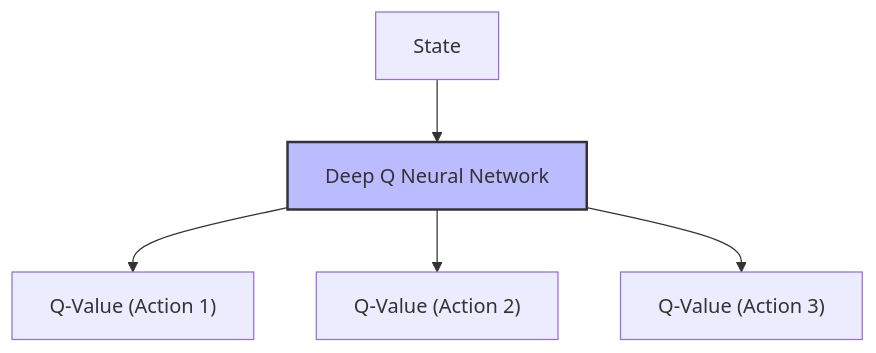
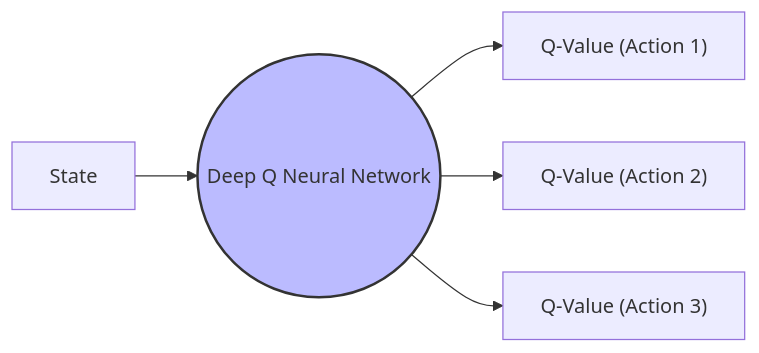
The fifth of 5 diagrams in units/001-Introduction-Deep-RL/README.md (chizkidd/huggingface-deep-RL-course), drawn with Mermaid before and after one commit. The commit also changed other lines of this file, not shown here.

First line of the commit message:
Update section 1.7: The "Deep" in Deep RL, in Unit 01 notes

````diff
--- a/units/001-Introduction-Deep-RL/README.md
+++ b/units/001-Introduction-Deep-RL/README.md
@@ -156,9 +156,9 @@
 ```mermaid
-graph TD
-    S[State] --> DNN["Deep Q Neural Network"]
+graph LR
+    S[State] --> DNN(("Deep Q Neural Network"))
     DNN --> Q1["Q-Value (Action 1)"]
     DNN --> Q2["Q-Value (Action 2)"]
     DNN --> Q3["Q-Value (Action 3)"]
 
     style DNN fill:#bbf,stroke:#333,stroke-width:2px
 ```
````
